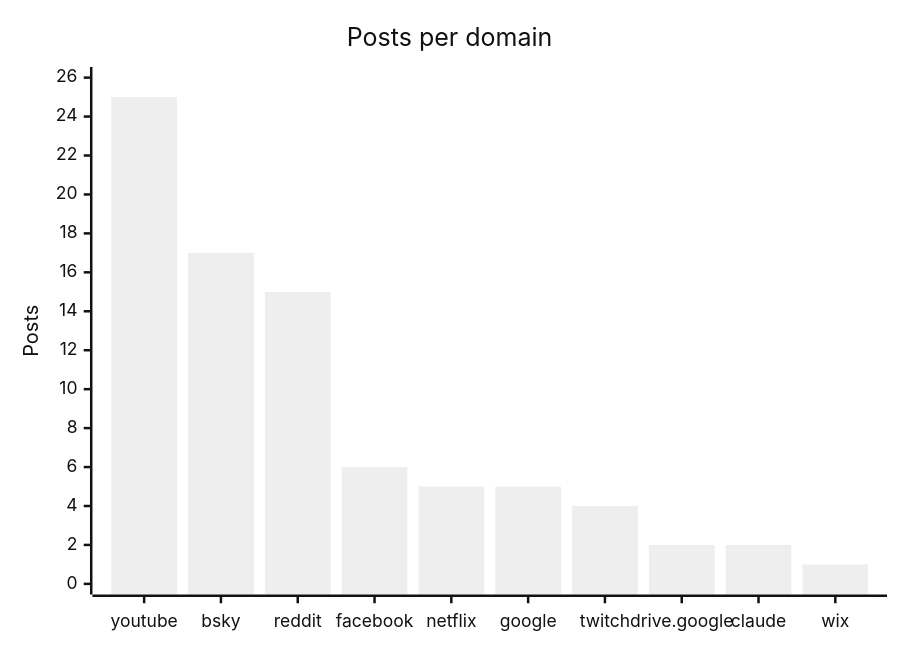
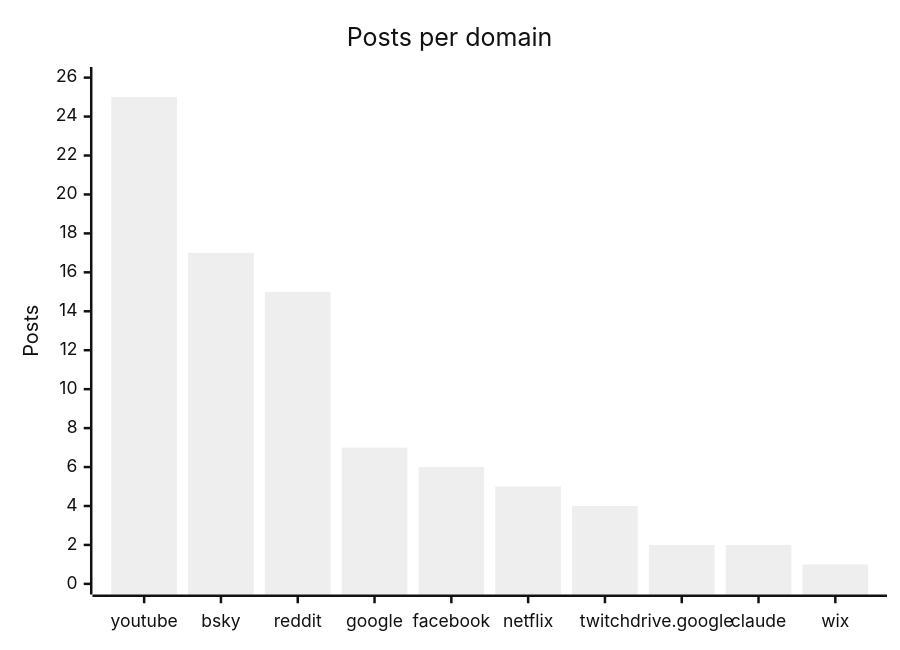
The fourth of 4 diagrams in README.md (martinbalfanz/social-scanner-reports), drawn with Mermaid (neutral theme) before and after one commit. The commit also changed other lines of this file and 2 other files, not shown here.

````diff
--- a/README.md
+++ b/README.md
@@ -58,7 +58,7 @@
 ```mermaid
 xychart-beta
     title "Posts per domain"
-    x-axis ["youtube", "bsky", "reddit", "facebook", "netflix", "google", "twitch", "drive.google", "claude", "wix"]
+    x-axis ["youtube", "bsky", "reddit", "google", "facebook", "netflix", "twitch", "drive.google", "claude", "wix"]
     y-axis "Posts" 0 --> 26
-    bar [25, 17, 15, 6, 5, 5, 4, 2, 2, 1]
+    bar [25, 17, 15, 7, 6, 5, 4, 2, 2, 1]
 ```
````
